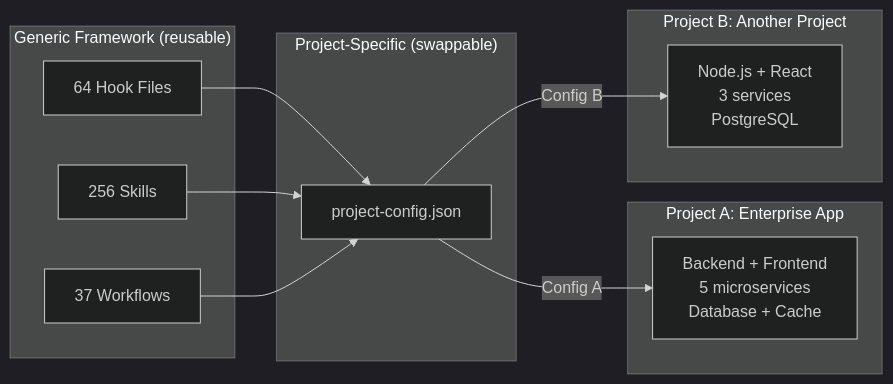
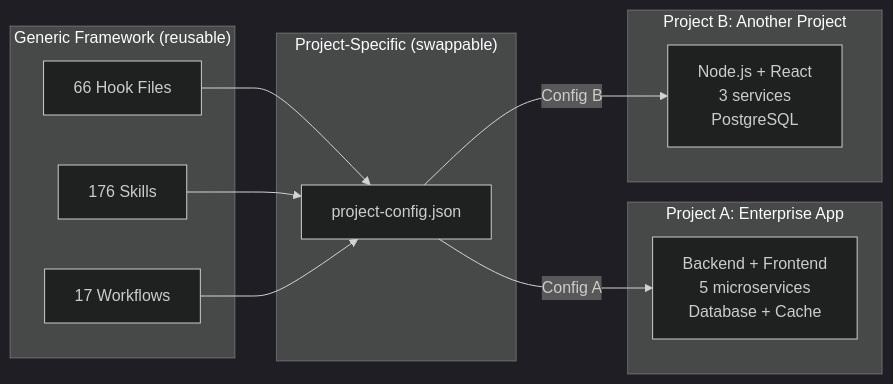
The eighth of 20 diagrams in .claude/docs/claude-ai-agent-framework-guide.md (duc01226/EasyPlatform), drawn with Mermaid (dark theme) before and after one commit. The commit also changed other lines of this file and 1207 other files, not shown here.

````diff
--- a/.claude/docs/claude-ai-agent-framework-guide.md
+++ b/.claude/docs/claude-ai-agent-framework-guide.md
@@ -919,24 +903,24 @@
 ```mermaid
 graph LR
     subgraph "Generic Framework (reusable)"
-        H[64 Hook Files]
-        S[256 Skills]
-        W[37 Workflows]
+        H[66 Hook Files]
+        S[176 Skills]
+        W[17 Workflows]
     end
 
     subgraph "Project-Specific (swappable)"
         PC[project-config.json]
     end
 
     subgraph "Project A: Enterprise App"
         PA[Backend + Frontend<br/>5 microservices<br/>Database + Cache]
     end
 
     subgraph "Project B: Another Project"
         PB[Node.js + React<br/>3 services<br/>PostgreSQL]
     end
 
     H & S & W --> PC
     PC -->|Config A| PA
     PC -->|Config B| PB
 ```
````
